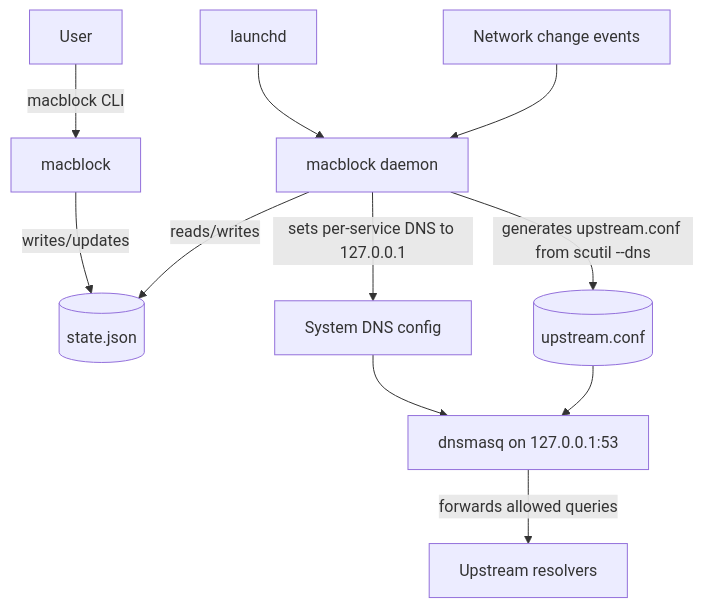
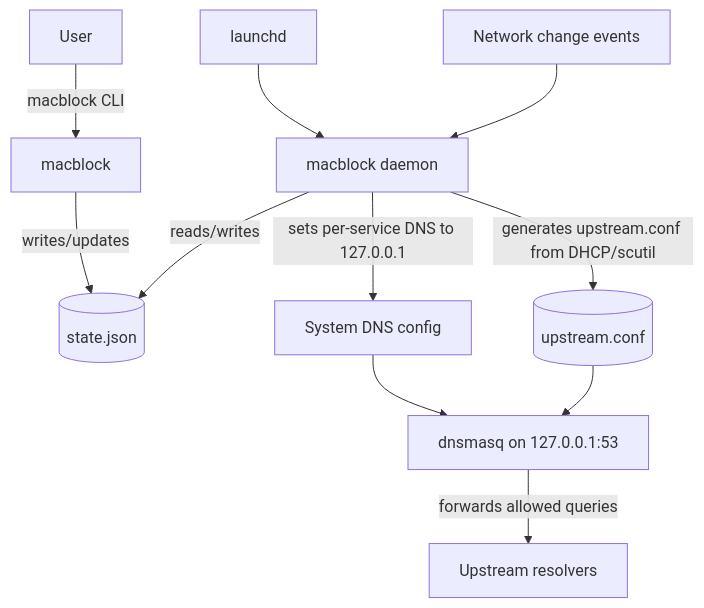
The diagram in README.md (SpyicyDev/macblock), drawn with Mermaid before and after one commit. The commit also changed other lines of this file and 2 other files, not shown here.

First line of the commit message:
docs: sync upstream fallback documentation

````diff
--- a/README.md
+++ b/README.md
@@ -115,16 +115,16 @@
 ```mermaid
 flowchart TD
   U[User] -->|macblock CLI| CLI[macblock]
   CLI -->|writes/updates| ST[(state.json)]
 
   LD[launchd] --> D[macblock daemon]
   D -->|reads/writes| ST
   D -->|sets per-service DNS to 127.0.0.1| SCD[System DNS config]
-  D -->|generates upstream.conf from scutil --dns| UP[(upstream.conf)]
+  D -->|generates upstream.conf from DHCP/scutil| UP[(upstream.conf)]
 
   SCD --> DNS[dnsmasq on 127.0.0.1:53]
   UP --> DNS
   DNS -->|forwards allowed queries| R[Upstream resolvers]
 
   NC[Network change events] --> D
 ```
````
